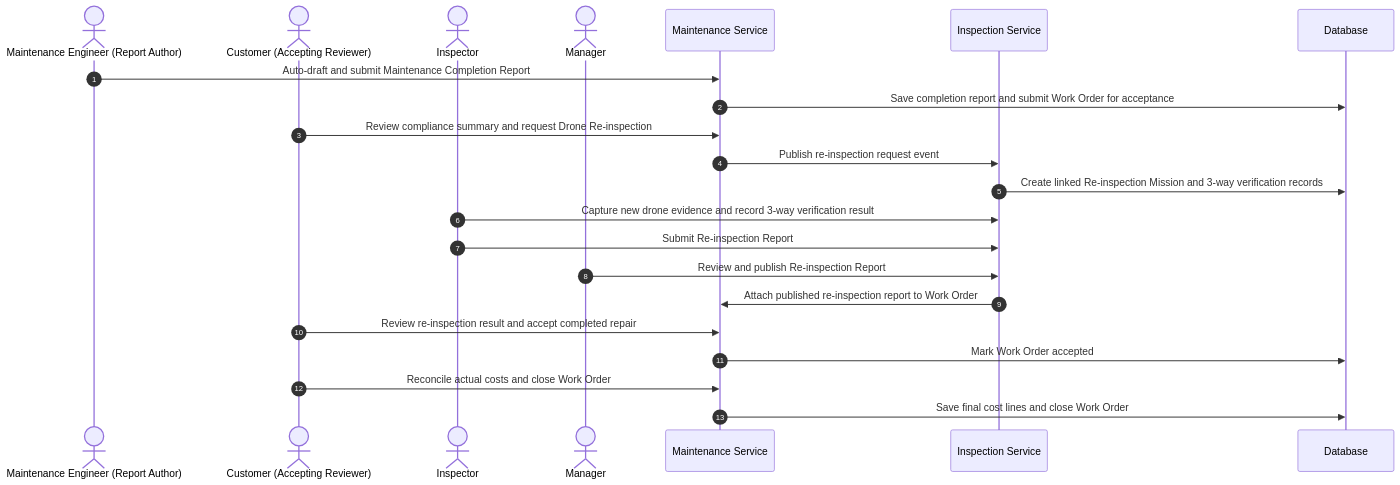
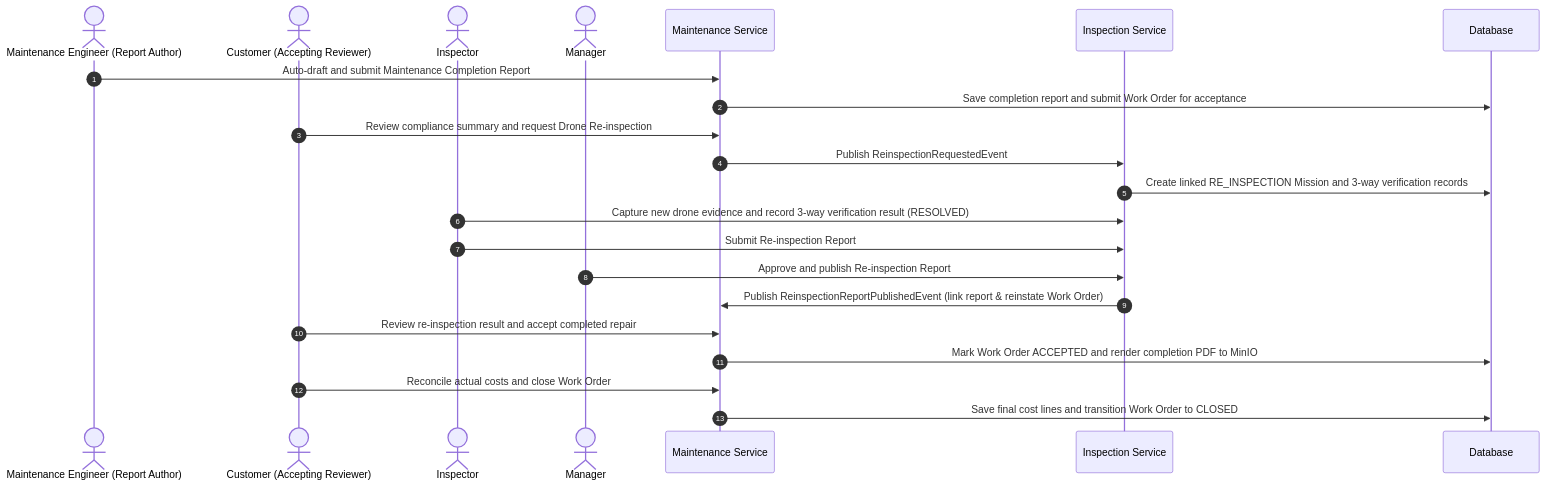
Diagram 22 of 23 in reports/report-4-software-design-document/03-detailed-design.md (tungbach12/SmartDroneInspection-Docs), drawn with Mermaid before and after one commit. The commit also changed other lines of this file and 101 other files, not shown here.

````diff
--- a/reports/report-4-software-design-document/03-detailed-design.md
+++ b/reports/report-4-software-design-document/03-detailed-design.md
@@ -933,29 +1034,29 @@
 ```mermaid
 %% title: FE-08 Completion Report, Three-Way Re-inspection and Closure Sequence Diagram
 sequenceDiagram
   autonumber
   actor Author as Maintenance Engineer (Report Author)
   actor Cust as Customer (Accepting Reviewer)
   actor Insp as Inspector
   actor Mgr as Manager
   participant MaintSvc as Maintenance Service
   participant InspSvc as Inspection Service
   participant DB as Database
 
   Author->>MaintSvc: Auto-draft and submit Maintenance Completion Report
   MaintSvc->>DB: Save completion report and submit Work Order for acceptance
 
   Cust->>MaintSvc: Review compliance summary and request Drone Re-inspection
-  MaintSvc->>InspSvc: Publish re-inspection request event
-  InspSvc->>DB: Create linked Re-inspection Mission and 3-way verification records
+  MaintSvc->>InspSvc: Publish ReinspectionRequestedEvent
+  InspSvc->>DB: Create linked RE_INSPECTION Mission and 3-way verification records
 
-  Insp->>InspSvc: Capture new drone evidence and record 3-way verification result
+  Insp->>InspSvc: Capture new drone evidence and record 3-way verification result (RESOLVED)
   Insp->>InspSvc: Submit Re-inspection Report
-  Mgr->>InspSvc: Review and publish Re-inspection Report
-  InspSvc->>MaintSvc: Attach published re-inspection report to Work Order
+  Mgr->>InspSvc: Approve and publish Re-inspection Report
+  InspSvc->>MaintSvc: Publish ReinspectionReportPublishedEvent (link report & reinstate Work Order)
 
   Cust->>MaintSvc: Review re-inspection result and accept completed repair
-  MaintSvc->>DB: Mark Work Order accepted
+  MaintSvc->>DB: Mark Work Order ACCEPTED and render completion PDF to MinIO
   Cust->>MaintSvc: Reconcile actual costs and close Work Order
-  MaintSvc->>DB: Save final cost lines and close Work Order
+  MaintSvc->>DB: Save final cost lines and transition Work Order to CLOSED
 ```
````
